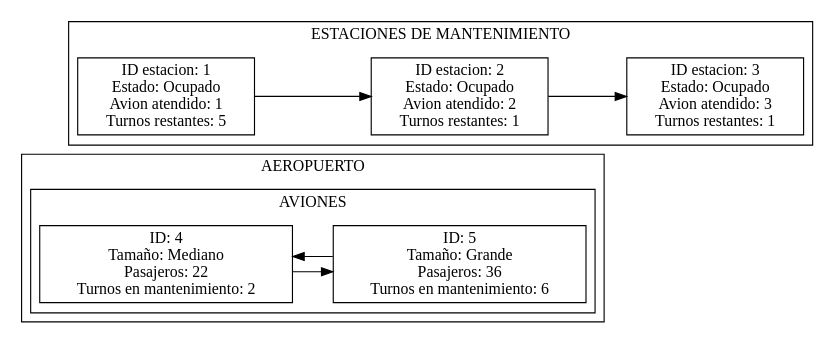
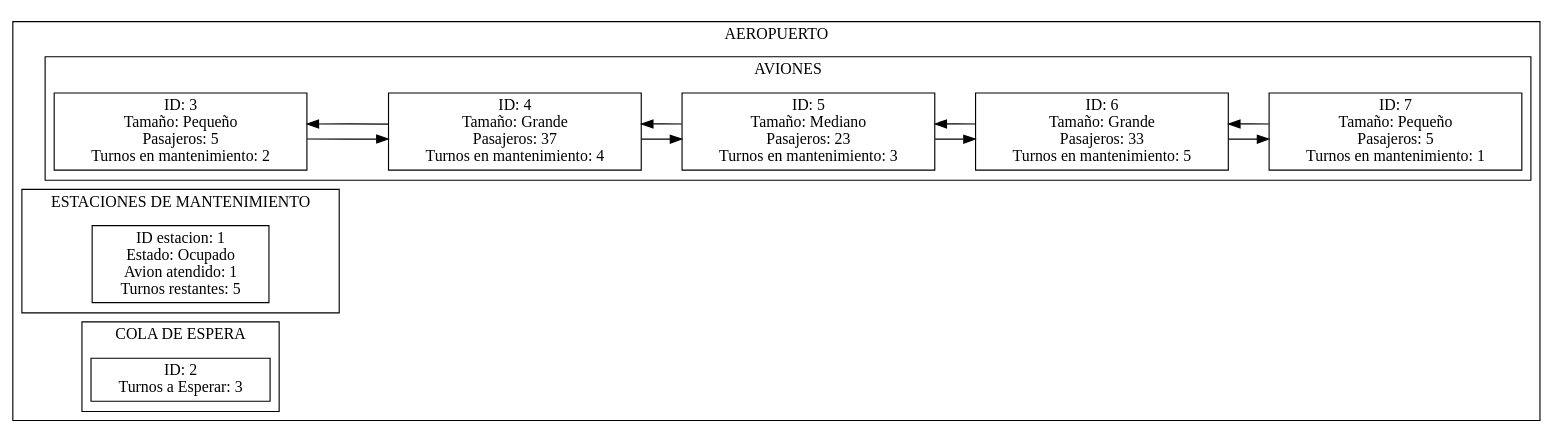
One commit to denisse-br/EDD_201224240 changed the diagram in practica1201224240/reportes/Grafica.dot. Above: the diagram before and after it, drawn with Graphviz. The commit also changed 16 other files, not shown here.

Commit message:
cola de espera aviones

```diff
--- a/practica1201224240/reportes/Grafica.dot
+++ b/practica1201224240/reportes/Grafica.dot
@@ -1,19 +1,28 @@
 digraph{ 
  rankdir=LR; 
  node[shape = record, color = black];subgraph clusterAeropuerto{ 
 label = "AEROPUERTO"; 
 	  subgraph clusterAviones{ 
 	  label = "AVIONES"; 
-		 a0[label="ID: 4\n Tamaño: Mediano\n Pasajeros: 22\n Turnos en mantenimiento: 2 "];
-		 a1[label="ID: 5\n Tamaño: Grande\n Pasajeros: 36\n Turnos en mantenimiento: 6 "];
-	 }a0->a1
+		 a0[label="ID: 3\n Tamaño: Pequeño\n Pasajeros: 5\n Turnos en mantenimiento: 2 "];
+		 a1[label="ID: 4\n Tamaño: Grande\n Pasajeros: 37\n Turnos en mantenimiento: 4 "];
+		 a2[label="ID: 5\n Tamaño: Mediano\n Pasajeros: 23\n Turnos en mantenimiento: 3 "];
+		 a3[label="ID: 6\n Tamaño: Grande\n Pasajeros: 33\n Turnos en mantenimiento: 5 "];
+		 a4[label="ID: 7\n Tamaño: Pequeño\n Pasajeros: 5\n Turnos en mantenimiento: 1 "];
+}
+a0->a1
+a1->a2
 a1->a0
-}
+a2->a3
+a2->a1
+a3->a4
+a3->a2
+a4->a3
 	  subgraph clusterlistaSim{ 
 	  label = "ESTACIONES DE MANTENIMIENTO"; 
 		 b0[label="ID estacion: 1\nEstado: Ocupado\nAvion atendido: 1\nTurnos restantes: 5"];
-		 b1[label="ID estacion: 2\nEstado: Ocupado\nAvion atendido: 2\nTurnos restantes: 1"];
-		 b2[label="ID estacion: 3\nEstado: Ocupado\nAvion atendido: 3\nTurnos restantes: 1"];
-b0->b1[constraint=true];
-b1->b2[constraint=true];
+	 }	  subgraph clusterlistaCola{ 
+	  label = "COLA DE ESPERA"; 
+		 c0[label="ID: 2\nTurnos a Esperar: 3\n "];
 	 }}
+}
```
